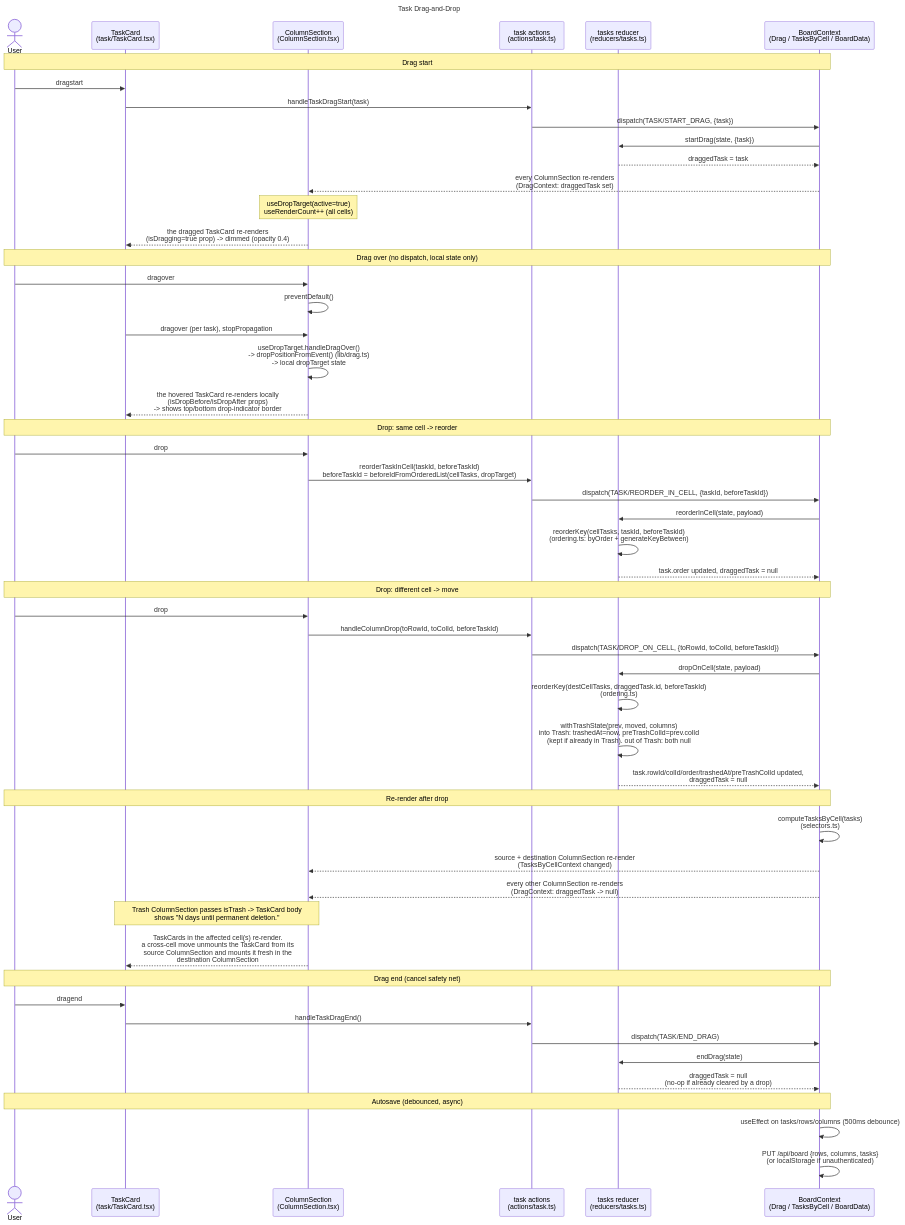
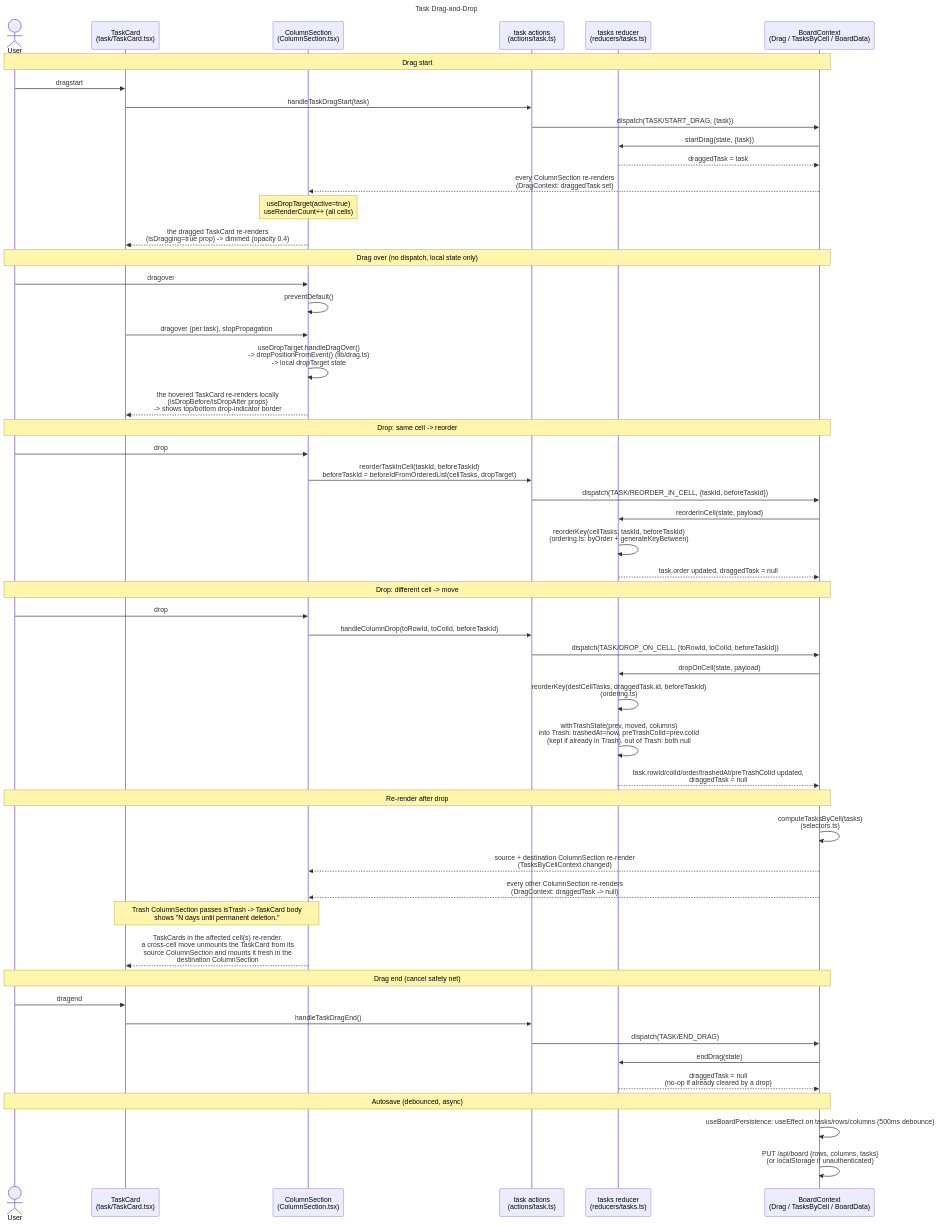
One commit to kimdcottrell/kanaryboards changed the diagram in docs/sequence-diagrams/task-drag-and-drop.mmd. Above: the diagram before and after it, drawn with Mermaid. The commit also changed 7 other files, not shown here.

```diff
--- a/docs/sequence-diagrams/task-drag-and-drop.mmd
+++ b/docs/sequence-diagrams/task-drag-and-drop.mmd
@@ -1,62 +1,62 @@
 ---
 title: Task Drag-and-Drop
 ---
 sequenceDiagram
     actor User
     participant Card as TaskCard<br/>(task/TaskCard.tsx)
     participant Cell as ColumnSection<br/>(ColumnSection.tsx)
     participant Actions as task actions<br/>(actions/task.ts)
     participant Reducer as tasks reducer<br/>(reducers/tasks.ts)
     participant Ctx as BoardContext<br/>(Drag / TasksByCell / BoardData)
 
     Note over User,Ctx: Drag start
     User->>Card: dragstart
     Card->>Actions: handleTaskDragStart(task)
     Actions->>Ctx: dispatch(TASK/START_DRAG, {task})
     Ctx->>Reducer: startDrag(state, {task})
     Reducer-->>Ctx: draggedTask = task
     Ctx-->>Cell: every ColumnSection re-renders<br/>(DragContext: draggedTask set)
     Note over Cell: useDropTarget(active=true)<br/>useRenderCount++ (all cells)
     Cell-->>Card: the dragged TaskCard re-renders<br/>(isDragging=true prop) -> dimmed (opacity 0.4)
 
     Note over User,Ctx: Drag over (no dispatch, local state only)
     User->>Cell: dragover
     Cell->>Cell: preventDefault()
     Card->>Cell: dragover (per task), stopPropagation
     Cell->>Cell: useDropTarget.handleDragOver()<br/>-> dropPositionFromEvent() (lib/drag.ts)<br/>-> local dropTarget state
     Cell-->>Card: the hovered TaskCard re-renders locally<br/>(isDropBefore/isDropAfter props)<br/>-> shows top/bottom drop-indicator border
 
     Note over User,Ctx: Drop: same cell -> reorder
     User->>Cell: drop
     Cell->>Actions: reorderTaskInCell(taskId, beforeTaskId)<br/>beforeTaskId = beforeIdFromOrderedList(cellTasks, dropTarget)
     Actions->>Ctx: dispatch(TASK/REORDER_IN_CELL, {taskId, beforeTaskId})
     Ctx->>Reducer: reorderInCell(state, payload)
     Reducer->>Reducer: reorderKey(cellTasks, taskId, beforeTaskId)<br/>(ordering.ts: byOrder + generateKeyBetween)
     Reducer-->>Ctx: task.order updated, draggedTask = null
 
     Note over User,Ctx: Drop: different cell -> move
     User->>Cell: drop
     Cell->>Actions: handleColumnDrop(toRowId, toColId, beforeTaskId)
     Actions->>Ctx: dispatch(TASK/DROP_ON_CELL, {toRowId, toColId, beforeTaskId})
     Ctx->>Reducer: dropOnCell(state, payload)
     Reducer->>Reducer: reorderKey(destCellTasks, draggedTask.id, beforeTaskId)<br/>(ordering.ts)
     Reducer->>Reducer: withTrashState(prev, moved, columns)<br/>into Trash: trashedAt=now, preTrashColId=prev.colId<br/>(kept if already in Trash). out of Trash: both null
     Reducer-->>Ctx: task.rowId/colId/order/trashedAt/preTrashColId updated,<br/>draggedTask = null
 
     Note over User,Ctx: Re-render after drop
     Ctx->>Ctx: computeTasksByCell(tasks)<br/>(selectors.ts)
     Ctx-->>Cell: source + destination ColumnSection re-render<br/>(TasksByCellContext changed)
     Ctx-->>Cell: every other ColumnSection re-renders<br/>(DragContext: draggedTask -> null)
     Note over Cell,Card: Trash ColumnSection passes isTrash -> TaskCard body<br/>shows "N days until permanent deletion."
     Cell-->>Card: TaskCards in the affected cell(s) re-render.<br/>a cross-cell move unmounts the TaskCard from its<br/>source ColumnSection and mounts it fresh in the<br/>destination ColumnSection
 
     Note over User,Ctx: Drag end (cancel safety net)
     User->>Card: dragend
     Card->>Actions: handleTaskDragEnd()
     Actions->>Ctx: dispatch(TASK/END_DRAG)
     Ctx->>Reducer: endDrag(state)
     Reducer-->>Ctx: draggedTask = null<br/>(no-op if already cleared by a drop)
 
     Note over User,Ctx: Autosave (debounced, async)
-    Ctx->>Ctx: useEffect on tasks/rows/columns (500ms debounce)
+    Ctx->>Ctx: useBoardPersistence: useEffect on tasks/rows/columns (500ms debounce)
     Ctx->>Ctx: PUT /api/board {rows, columns, tasks}<br/>(or localStorage if unauthenticated)
```
